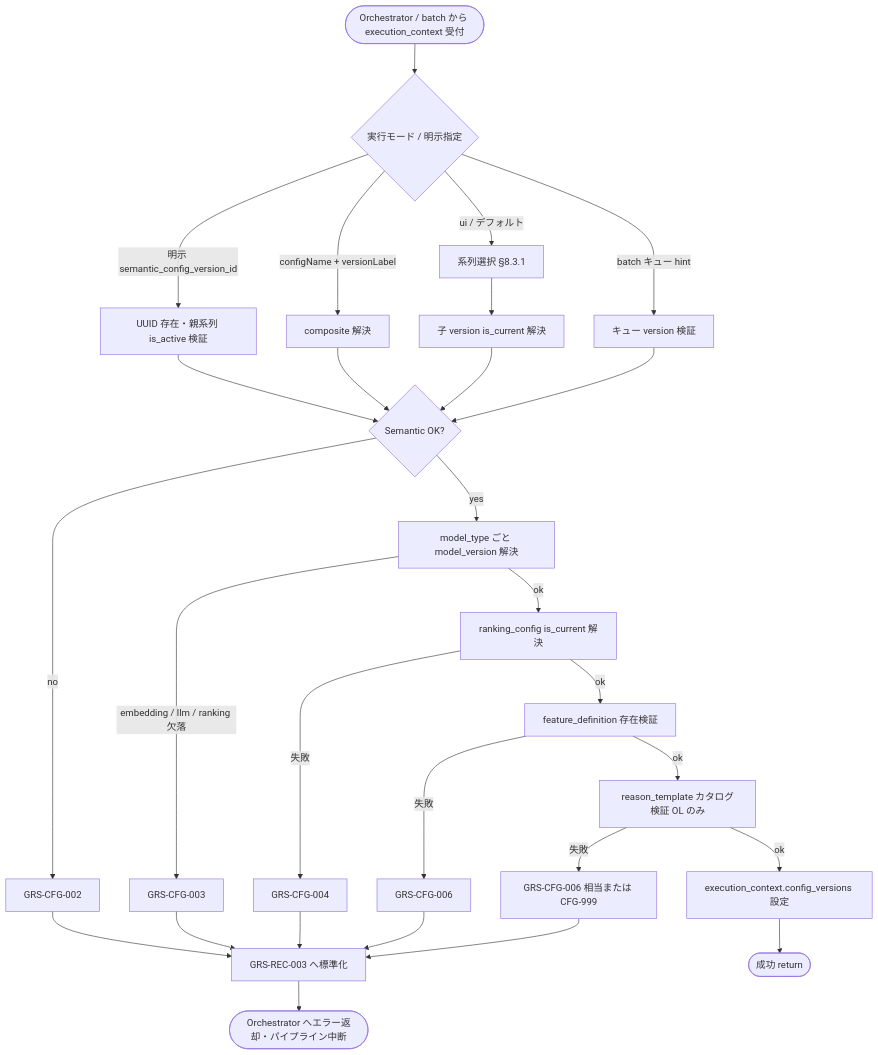
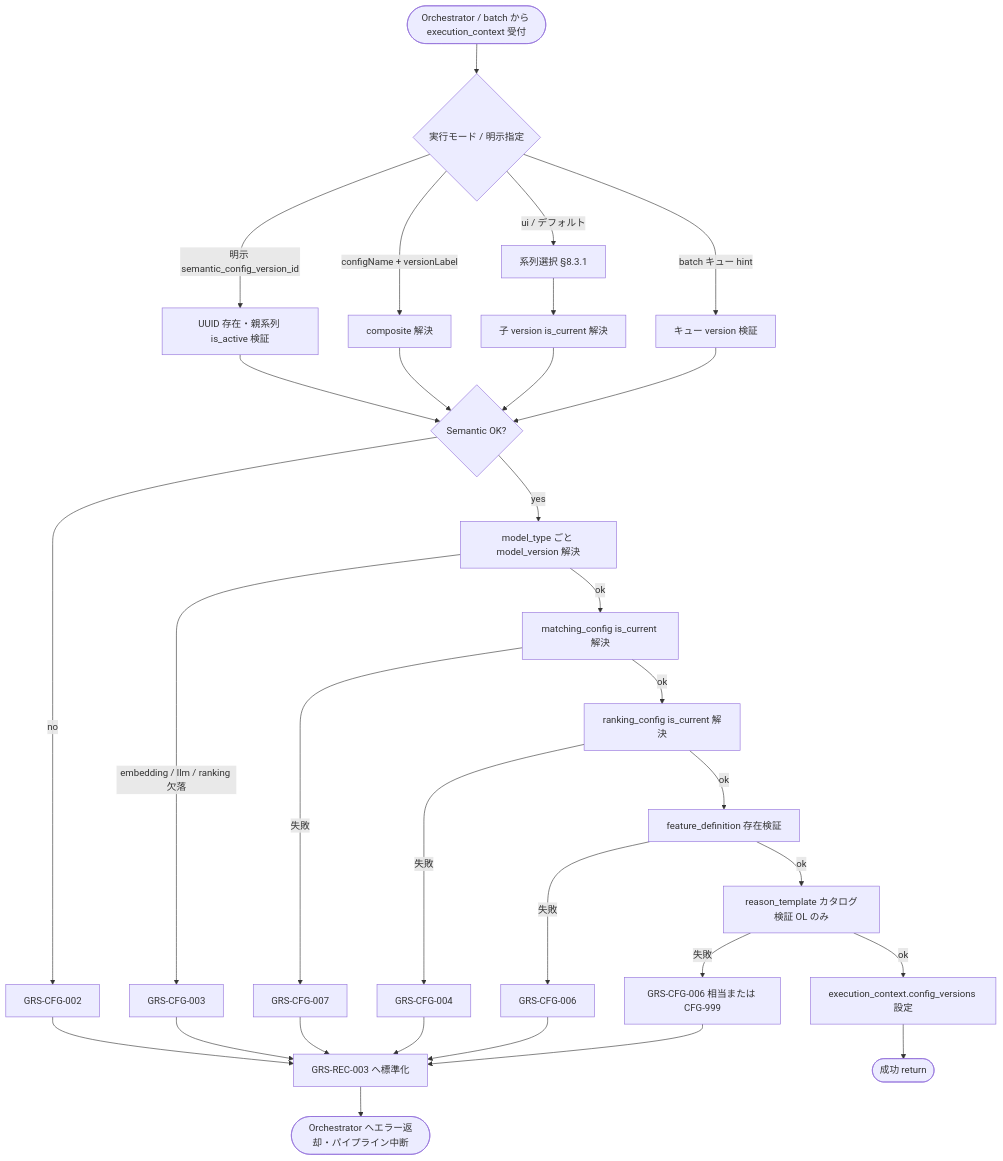
The diagram in docs/06_実装設計/reco/MOD-RECO-003_Config Version Resolverモジュール仕様書.md (ryo-chan-k6/GiftRecommendAPP_MVP_CYCLE_3), drawn with Mermaid before and after one commit. The commit also changed other lines of this file and 14 other files, not shown here.

````diff
--- a/docs/06_実装設計/reco/MOD-RECO-003_Config Version Resolverモジュール仕様書.md
+++ b/docs/06_実装設計/reco/MOD-RECO-003_Config Version Resolverモジュール仕様書.md
@@ -153,37 +158,41 @@
 ```mermaid
 flowchart TD
     START([Orchestrator / batch から execution_context 受付]) --> MODE{実行モード / 明示指定}
 
     MODE -->|明示 semantic_config_version_id| VAL_EXPLICIT[UUID 存在・親系列 is_active 検証]
     MODE -->|configName + versionLabel| VAL_COMPOSITE[composite 解決]
     MODE -->|ui / デフォルト| SERIES[系列選択 §8.3.1]
     MODE -->|batch キュー hint| VAL_BATCH[キュー version 検証]
 
     VAL_EXPLICIT --> SEM_OK{Semantic OK?}
     VAL_COMPOSITE --> SEM_OK
     SERIES --> CHILD[子 version is_current 解決]
     VAL_BATCH --> SEM_OK
     CHILD --> SEM_OK
 
     SEM_OK -->|no| ERR_CFG2[GRS-CFG-002]
     SEM_OK -->|yes| MODEL[model_type ごと model_version 解決]
 
     MODEL -->|embedding / llm / ranking 欠落| ERR_CFG3[GRS-CFG-003]
-    MODEL -->|ok| RANK[ranking_config is_current 解決]
+    MODEL -->|ok| MATCH[matching_config is_current 解決]
+
+    MATCH -->|失敗| ERR_CFG7[GRS-CFG-007]
+    MATCH -->|ok| RANK[ranking_config is_current 解決]
 
     RANK -->|失敗| ERR_CFG4[GRS-CFG-004]
     RANK -->|ok| FEAT_CHK[feature_definition 存在検証]
     FEAT_CHK -->|失敗| ERR_CFG6F[GRS-CFG-006]
     FEAT_CHK -->|ok| REASON_CHK[reason_template カタログ検証 OL のみ]
 
     REASON_CHK -->|失敗| ERR_CFG6[GRS-CFG-006 相当または CFG-999]
     REASON_CHK -->|ok| WRITE_CTX[execution_context.config_versions 設定]
     WRITE_CTX --> OK([成功 return])
 
     ERR_CFG2 --> ERR_REC[GRS-REC-003 へ標準化]
     ERR_CFG3 --> ERR_REC
+    ERR_CFG7 --> ERR_REC
     ERR_CFG4 --> ERR_REC
     ERR_CFG6F --> ERR_REC
     ERR_CFG6 --> ERR_REC
     ERR_REC --> FAIL([Orchestrator へエラー返却・パイプライン中断])
 ```
````
